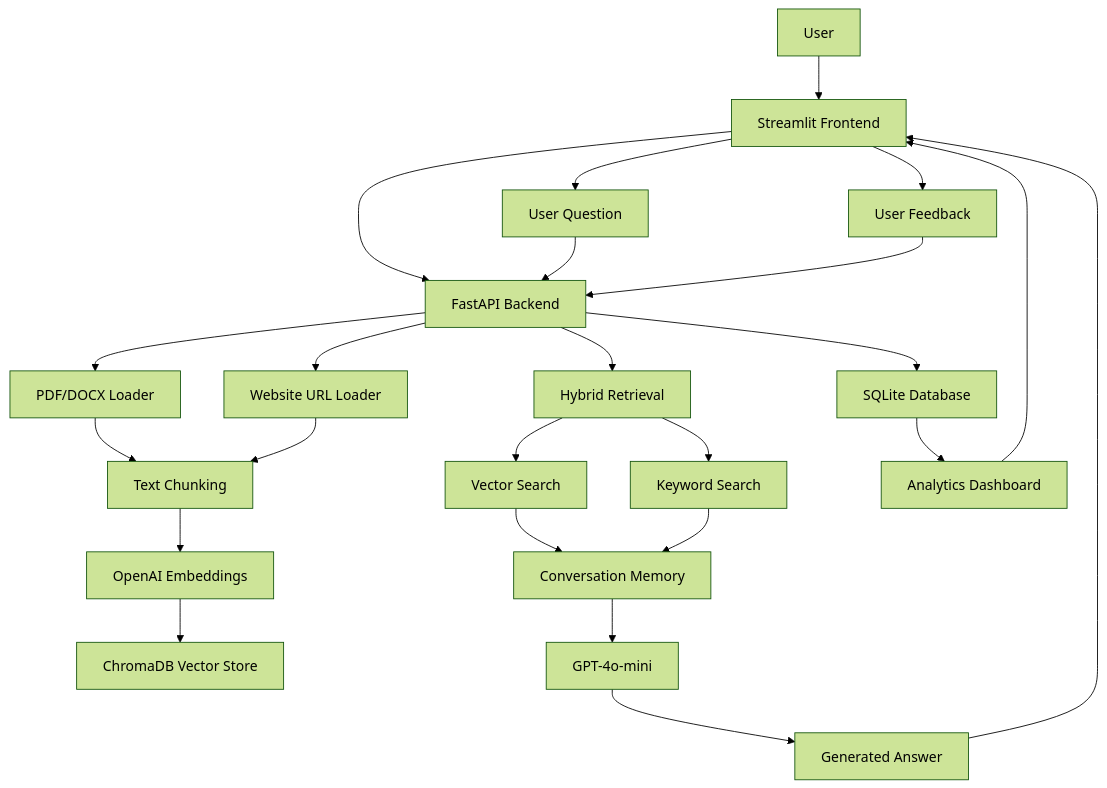
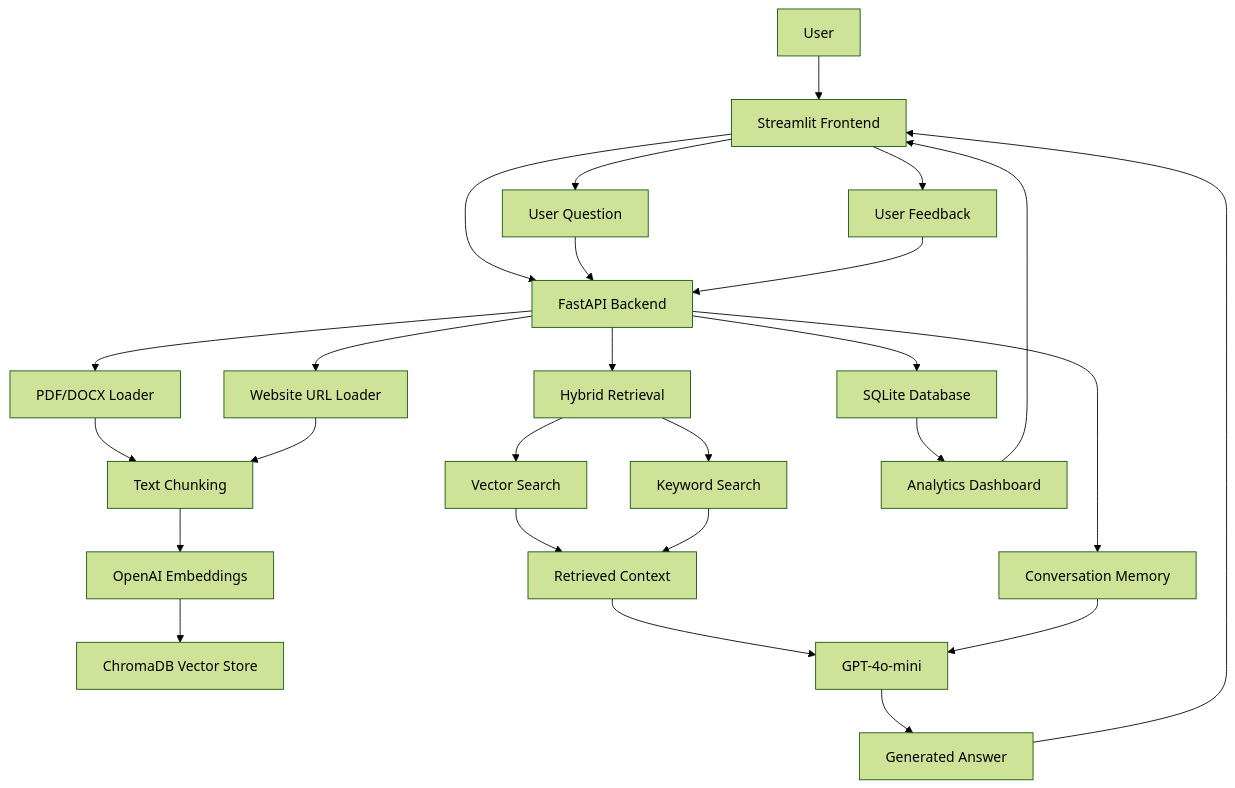
Before and after one commit to srushti0510/Enterprise-RAG-Assistant: the diagram in architecture.md, drawn with Mermaid (forest theme). The commit also changed other lines of this file and 4 other files, not shown here.

Commit message:
Updated README, architecture diagram and evals folder

````diff
--- a/architecture.md
+++ b/architecture.md
@@ -3,42 +3,45 @@
 ```mermaid
 flowchart TD
 
 U[User]
 
 U --> S[Streamlit Frontend]
 
 S --> F[FastAPI Backend]
 
 F --> DL[PDF/DOCX Loader]
 F --> UL[Website URL Loader]
 
 DL --> TC[Text Chunking]
 UL --> TC
 
 TC --> EMB[OpenAI Embeddings]
 EMB --> VS[ChromaDB Vector Store]
 
 S --> Q[User Question]
 Q --> F
 
 F --> HR[Hybrid Retrieval]
 
 HR --> VSR[Vector Search]
 HR --> KSR[Keyword Search]
 
-VSR --> CM[Conversation Memory]
-KSR --> CM
+VSR --> RC[Retrieved Context]
+KSR --> RC
 
-CM --> GPT[GPT-4o-mini]
+F --> CM[Conversation Memory]
+
+RC --> GPT[GPT-4o-mini]
+CM --> GPT
 
 GPT --> A[Generated Answer]
 A --> S
 
 S --> FB[User Feedback]
 FB --> F
 
 F --> SQL[SQLite Database]
 
 SQL --> AN[Analytics Dashboard]
 AN --> S
 ```
````
